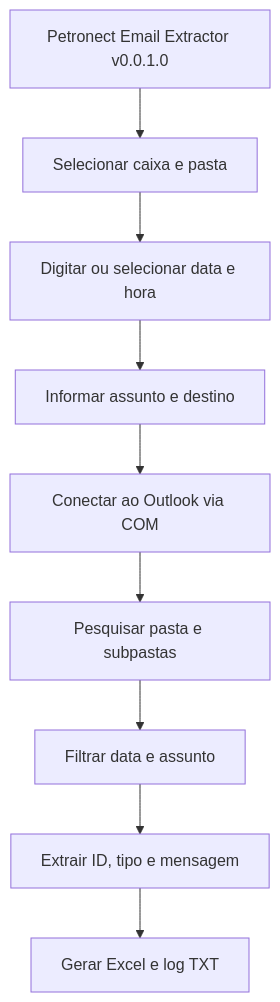
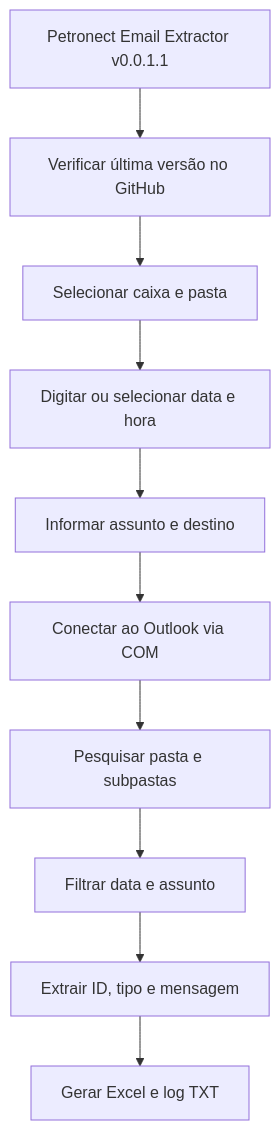
One commit to Marcus300/petronect-email-extractor changed the diagram in docs/FLUXOGRAMA.mmd. Above: the diagram before and after it, drawn with Mermaid. The commit also changed 7 other files, not shown here.

```diff
--- a/docs/FLUXOGRAMA.mmd
+++ b/docs/FLUXOGRAMA.mmd
@@ -1,9 +1,10 @@
 flowchart TD
-    A[Petronect Email Extractor v0.0.1.0] --> B[Selecionar caixa e pasta]
-    B --> C[Digitar ou selecionar data e hora]
-    C --> D[Informar assunto e destino]
-    D --> E[Conectar ao Outlook via COM]
-    E --> F[Pesquisar pasta e subpastas]
-    F --> G[Filtrar data e assunto]
-    G --> H[Extrair ID, tipo e mensagem]
-    H --> I[Gerar Excel e log TXT]
+    A[Petronect Email Extractor v0.0.1.1] --> B[Verificar última versão no GitHub]
+    B --> C[Selecionar caixa e pasta]
+    C --> D[Digitar ou selecionar data e hora]
+    D --> E[Informar assunto e destino]
+    E --> F[Conectar ao Outlook via COM]
+    F --> G[Pesquisar pasta e subpastas]
+    G --> H[Filtrar data e assunto]
+    H --> I[Extrair ID, tipo e mensagem]
+    I --> J[Gerar Excel e log TXT]
```
